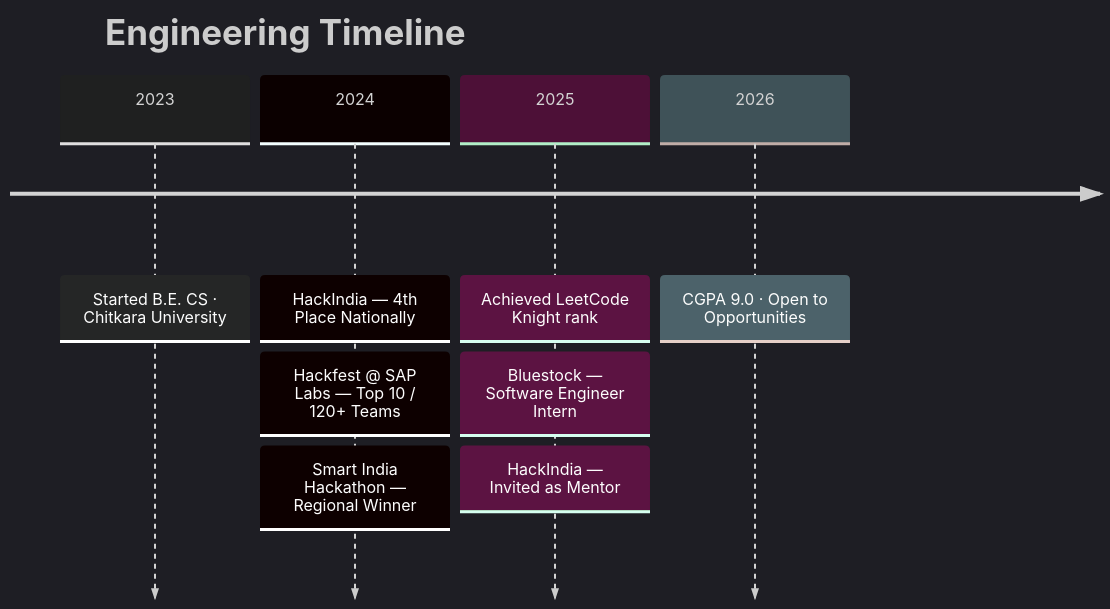
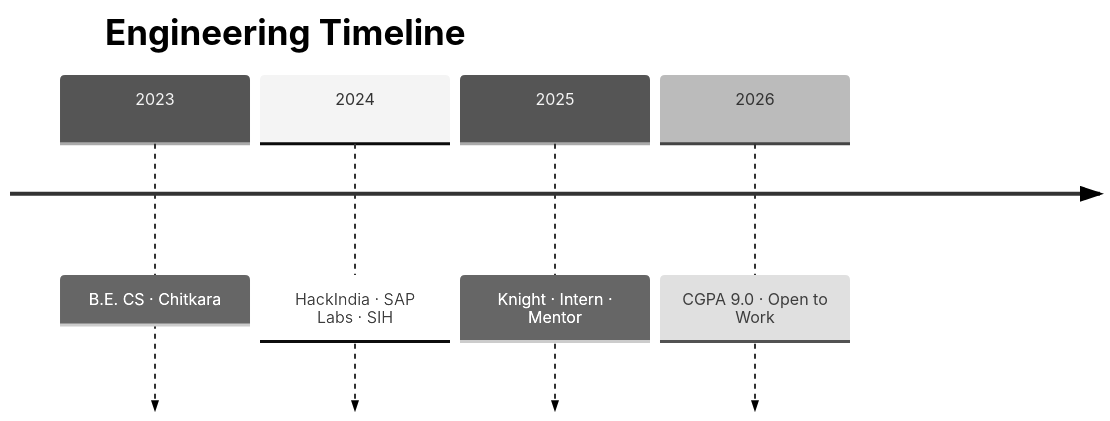
One commit to Anuj-er/Anuj-er changed the second of 2 diagrams in README.md. Above: the diagram before and after it, drawn with Mermaid. The commit also changed other lines of this file, not shown here.

Commit message:
fix: neutral theme, compact mindmap, single-line timeline entries

````diff
--- a/README.md
+++ b/README.md
@@ -121,13 +120,9 @@
 ```mermaid
-%%{init: {'theme': 'dark'}}%%
+%%{init: {'theme': 'neutral'}}%%
 timeline
     title Engineering Timeline
-    2023 : Started B.E. CS · Chitkara University
-    2024 : HackIndia — 4th Place Nationally
-         : Hackfest @ SAP Labs — Top 10 / 120+ Teams
-         : Smart India Hackathon — Regional Winner
-    2025 : Achieved LeetCode Knight rank
-         : Bluestock — Software Engineer Intern
-         : HackIndia — Invited as Mentor
-    2026 : CGPA 9.0 · Open to Opportunities
+    2023 : B.E. CS · Chitkara
+    2024 : HackIndia · SAP Labs · SIH
+    2025 : Knight · Intern · Mentor
+    2026 : CGPA 9.0 · Open to Work
 ```
````
